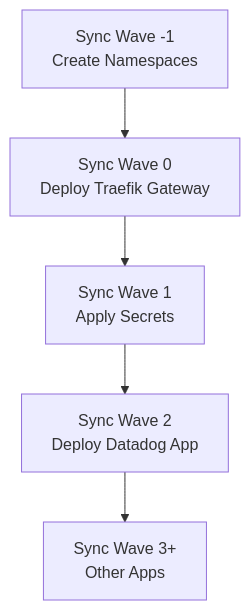
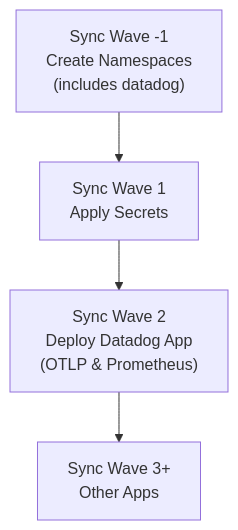
Before and after one commit to Hoangvu75/k8s_manifest: the third of 4 diagrams in .qoder/repowiki/en/content/Infrastructure Applications/Datadog Monitoring Agent.md, drawn with Mermaid. The commit also changed other lines of this file and 31 other files, not shown here.

````diff
--- a/.qoder/repowiki/en/content/Infrastructure Applications/Datadog Monitoring Agent.md
+++ b/.qoder/repowiki/en/content/Infrastructure Applications/Datadog Monitoring Agent.md
@@ -233,7 +212,6 @@
 ```mermaid
 flowchart TD
-W_N1["Sync Wave -1<br/>Create Namespaces"] --> W_0["Sync Wave 0<br/>Deploy Traefik Gateway"]
-W_0 --> W_1["Sync Wave 1<br/>Apply Secrets"]
-W_1 --> W_2["Sync Wave 2<br/>Deploy Datadog App"]
+W_N1["Sync Wave -1<br/>Create Namespaces<br/>(includes datadog)"] --> W_1["Sync Wave 1<br/>Apply Secrets"]
+W_1 --> W_2["Sync Wave 2<br/>Deploy Datadog App<br/>(OTLP & Prometheus)"]
 W_2 --> W_3["Sync Wave 3+<br/>Other Apps"]
 ```
````
